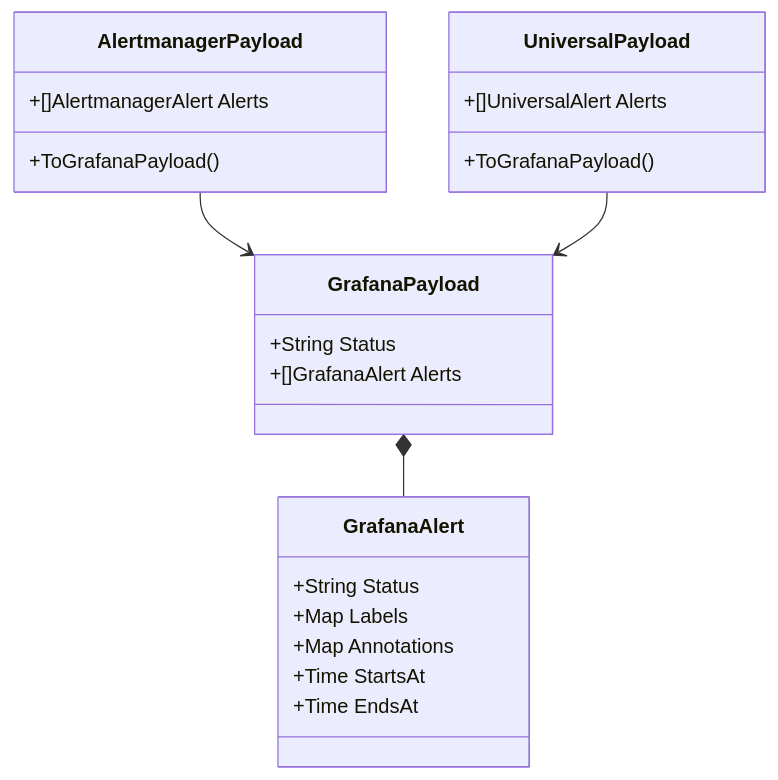
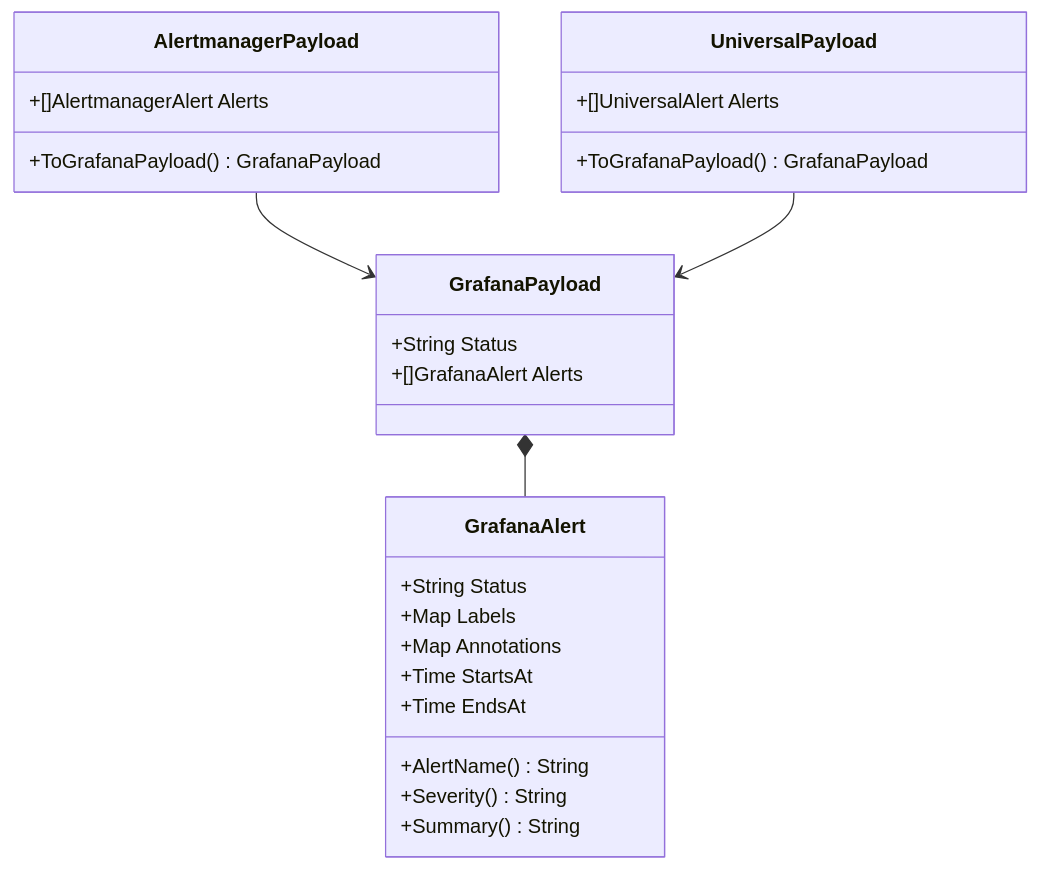
One commit to dzaczek/IcingaAlertingForge changed the diagram in wiki/Models.md. Above: the diagram before and after it, drawn with Mermaid. The commit also changed other lines of this file and 12 other files, not shown here.

````diff
--- a/wiki/Models.md
+++ b/wiki/Models.md
@@ -5,26 +5,29 @@
 ```mermaid
 classDiagram
     class GrafanaPayload {
         +String Status
         +[]GrafanaAlert Alerts
     }
     class GrafanaAlert {
         +String Status
         +Map Labels
         +Map Annotations
         +Time StartsAt
         +Time EndsAt
+        +AlertName() String
+        +Severity() String
+        +Summary() String
     }
     class AlertmanagerPayload {
         +[]AlertmanagerAlert Alerts
-        +ToGrafanaPayload()
+        +ToGrafanaPayload() GrafanaPayload
     }
     class UniversalPayload {
         +[]UniversalAlert Alerts
-        +ToGrafanaPayload()
+        +ToGrafanaPayload() GrafanaPayload
     }
 
     AlertmanagerPayload --> GrafanaPayload
     UniversalPayload --> GrafanaPayload
     GrafanaPayload *-- GrafanaAlert
 ```
````
